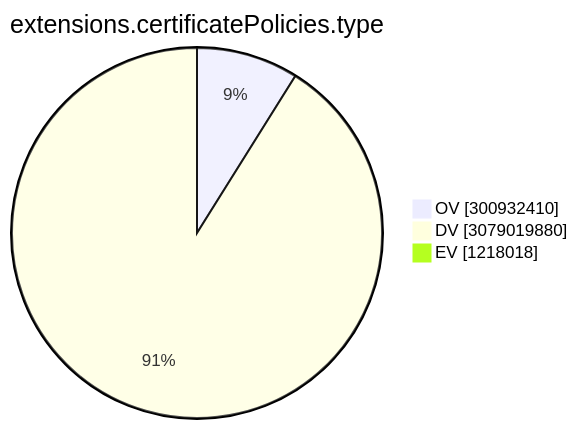
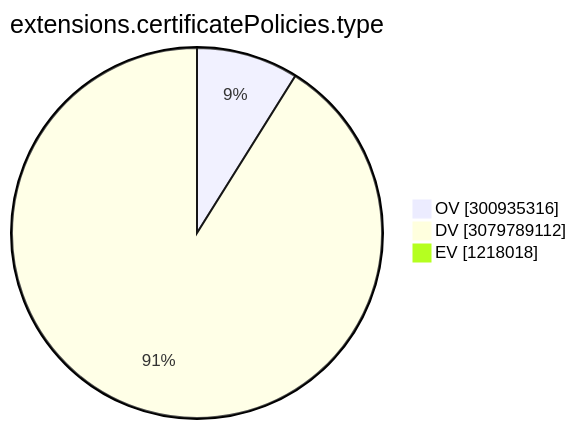
Before and after one commit to christiankrug/ctmonitor_visualization: the ninth of 15 diagrams in TOTAL/README.md, drawn with Mermaid. The commit also changed other lines of this file, not shown here.

````diff
--- a/TOTAL/README.md
+++ b/TOTAL/README.md
@@ -3102,7 +3103,7 @@
 ```mermaid
 pie showData
 title extensions.certificatePolicies.type
-"OV" :300932410
-"DV" :3079019880
+"OV" :300935316
+"DV" :3079789112
 "EV" :1218018
 ```
````
